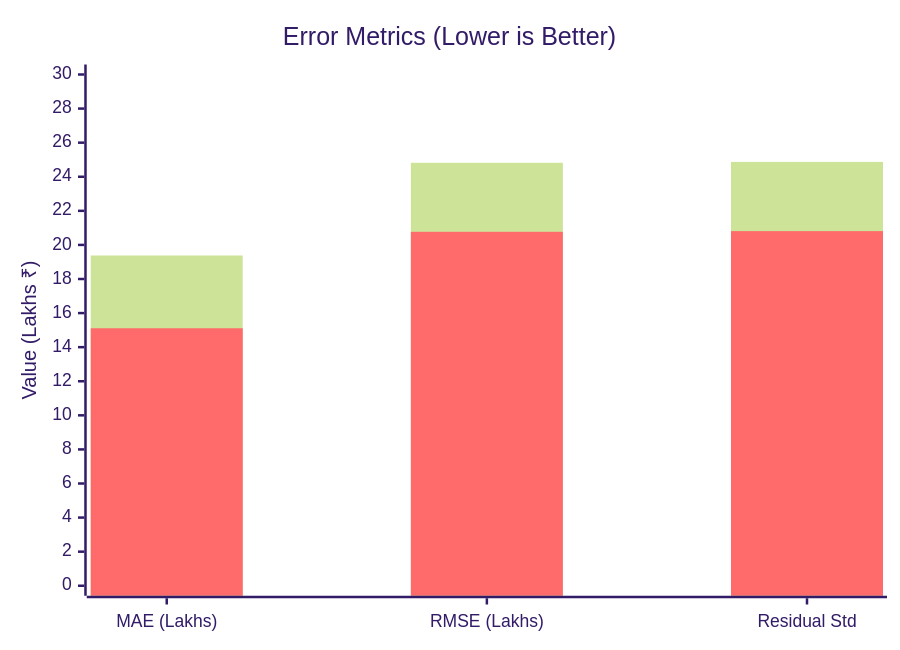
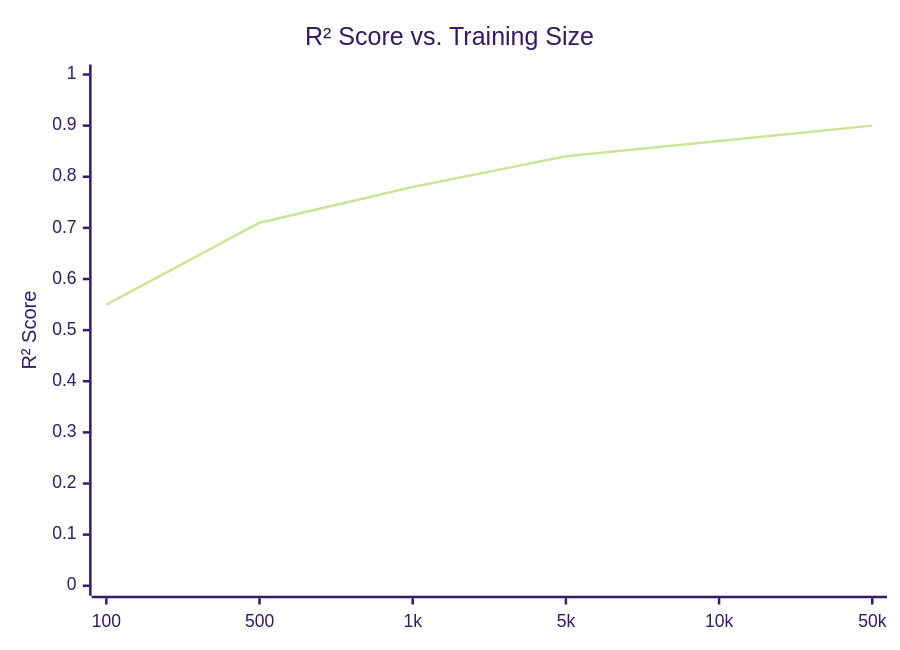
The sixth of 6 diagrams in README.md (Subhadip-Paul2006/house_price_predictor), drawn with Mermaid (forest theme) before and after one commit. The commit also changed other lines of this file and 4 other files, not shown here.

````diff
--- a/README.md
+++ b/README.md
@@ -176,8 +206,7 @@
 ```mermaid
 xychart-beta
-    title "Error Metrics (Lower is Better)"
-    x-axis ["MAE (Lakhs)", "RMSE (Lakhs)", "Residual Std"]
-    y-axis "Value (Lakhs ₹)" 0 --> 30
-    bar [19.38, 24.82, 24.87]
-    bar [15.11, 20.77, 20.81]
+    title "R² Score vs. Training Size"
+    x-axis ["100", "500", "1k", "5k", "10k", "50k"]
+    y-axis "R² Score" 0 --> 1
+    line [0.55, 0.71, 0.78, 0.84, 0.87, 0.90]
 ```
````
